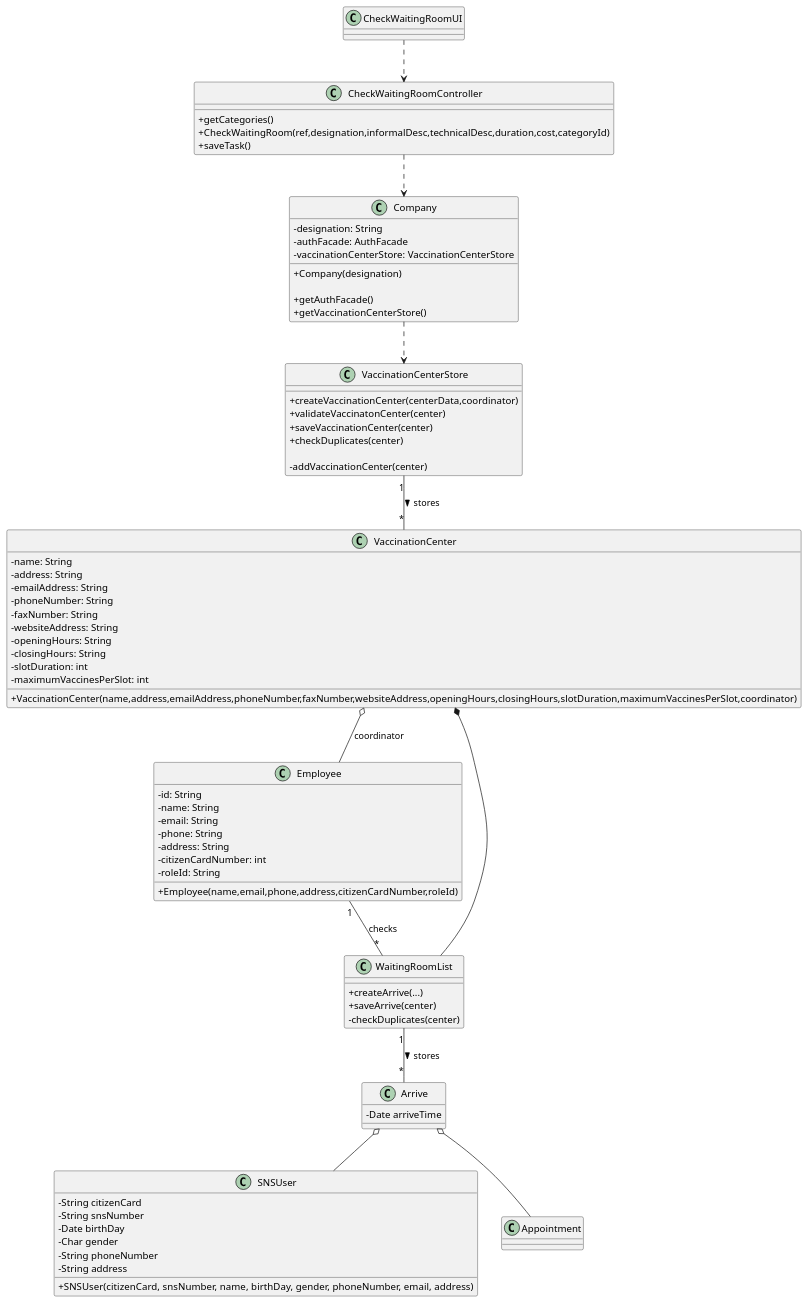
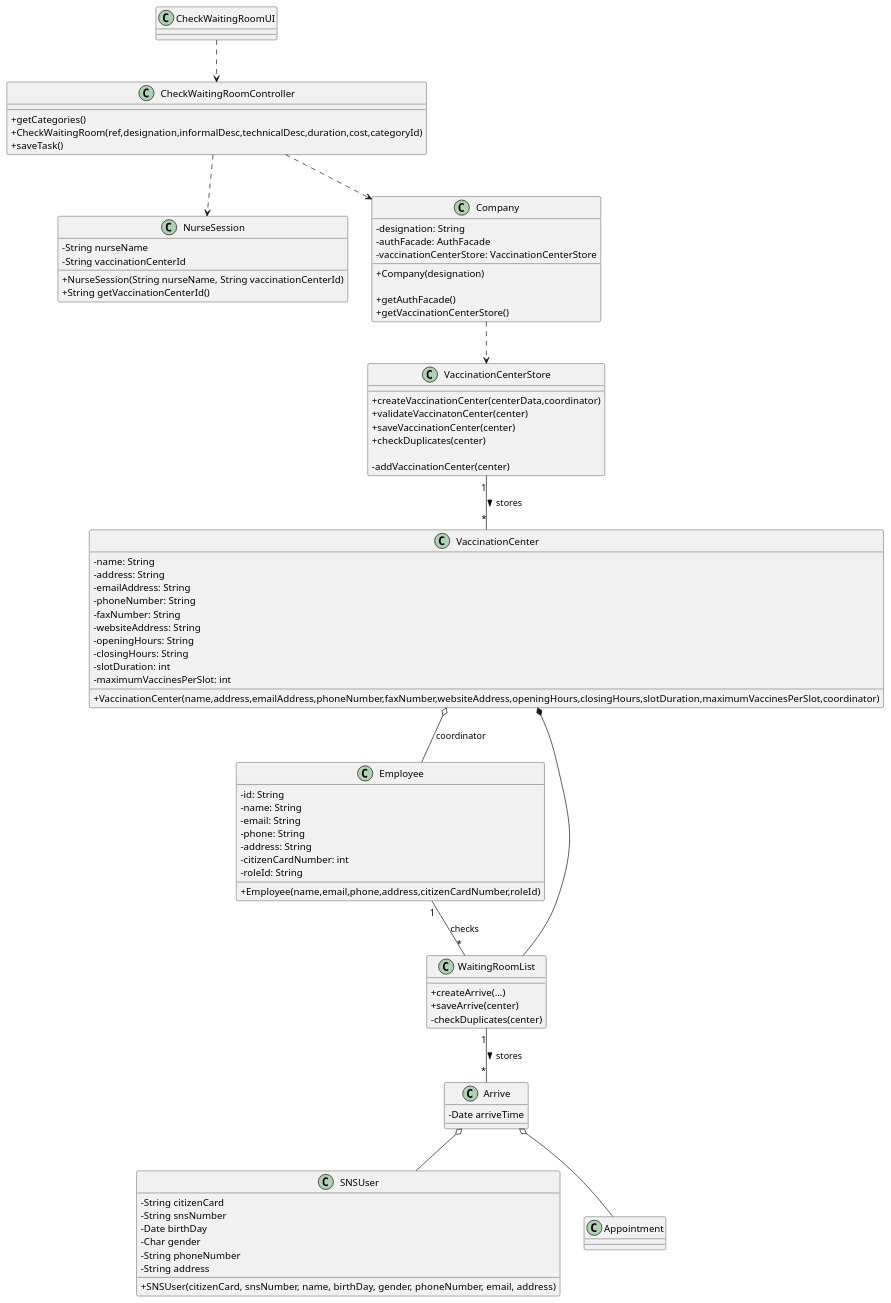
The diagram in docs/SprintC/US05/CD/US05_CD.puml (miseEnPlace-i/lapr2), drawn with PlantUML before and after one commit. The commit also changed 3 other files, not shown here.

Commit message:
docs(US05): updated cd & sd with nurse session

```diff
--- a/docs/SprintC/US05/CD/US05_CD.puml
+++ b/docs/SprintC/US05/CD/US05_CD.puml
@@ -1,99 +1,109 @@
 @startuml
 skinparam classAttributeIconSize 0
 
 class Arrive {
   - Date arriveTime
+}
+
+class NurseSession {
+  - String nurseName
+  - String vaccinationCenterId
+
+  + NurseSession(String nurseName, String vaccinationCenterId)
+  + String getVaccinationCenterId()
 }
 
 class Company {
   -designation: String
   -authFacade: AuthFacade
   -vaccinationCenterStore: VaccinationCenterStore
   
   +Company(designation)
 
   +getAuthFacade()
   +getVaccinationCenterStore()
 }
 
 class CheckWaitingRoomController {
   +getCategories()
   +CheckWaitingRoom(ref,designation,informalDesc,technicalDesc,duration,cost,categoryId)
   +saveTask()
 }
 
 class CheckWaitingRoomUI {}
 
 class VaccinationCenter {
   - name: String
   - address: String
   - emailAddress: String
   - phoneNumber: String
   - faxNumber: String
   - websiteAddress: String
   - openingHours: String
   - closingHours: String
   - slotDuration: int
   - maximumVaccinesPerSlot: int
   
   +VaccinationCenter(name,address,emailAddress,phoneNumber,faxNumber,websiteAddress,openingHours,closingHours,slotDuration,maximumVaccinesPerSlot,coordinator)
 }
 
 class VaccinationCenterStore {
 +createVaccinationCenter(centerData,coordinator)
 +validateVaccinatonCenter(center)
 +saveVaccinationCenter(center)
 +checkDuplicates(center)
 
 -addVaccinationCenter(center)
 }
 
 class Employee {
   -id: String 
   -name: String 
   -email: String 
   -phone: String 
   -address: String 
   -citizenCardNumber: int 
   -roleId: String 
 
   +Employee(name,email,phone,address,citizenCardNumber,roleId)
 }
 
 class SNSUser {
   - String citizenCard
   - String snsNumber
   - Date birthDay
   - Char gender
   - String phoneNumber
   - String address
   + SNSUser(citizenCard, snsNumber, name, birthDay, gender, phoneNumber, email, address)
 }
 
 class WaitingRoomList {
   +createArrive(...)
   +saveArrive(center)
   -checkDuplicates(center)
 }
 
 class Appointment {
 
 }
 
 CheckWaitingRoomUI ..> CheckWaitingRoomController
 CheckWaitingRoomController ..> Company
 
 Arrive o-- SNSUser
 Arrive o-- Appointment
 
 VaccinationCenter o-- Employee : coordinator
 VaccinationCenterStore "1" -- "*" VaccinationCenter : stores >
 
 Company ..> VaccinationCenterStore
 
 WaitingRoomList "1" -- "*" Arrive : stores >
 
 Employee "1" -- "*" WaitingRoomList : checks
 VaccinationCenter *-- WaitingRoomList
 
+CheckWaitingRoomController ..> NurseSession
+
 @enduml
```
